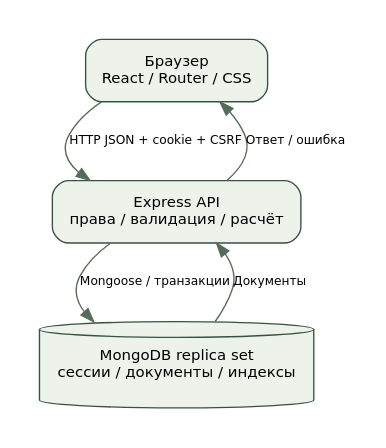
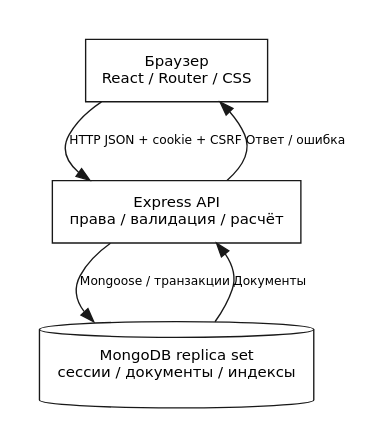
Before and after one commit to alexander2007B/cursovaya: the diagram in docs/diagrams/architecture.dot, drawn with Graphviz. The commit also changed 52 other files, not shown here.

Commit message:
Restyle coursework diagrams and use plain hyphens

```diff
--- a/docs/diagrams/architecture.dot
+++ b/docs/diagrams/architecture.dot
@@ -1,4 +1,4 @@
-digraph G {graph [fontname="DejaVu Sans",bgcolor="white",pad="0.3",ranksep="0.65",nodesep="0.35"]; node [fontname="DejaVu Sans",fontsize=11,shape=box,style="rounded,filled",fillcolor="#edf2eb",color="#355343",margin="0.15"]; edge [fontname="DejaVu Sans",fontsize=9,color="#566c5b"];rankdir=TB; browser[label="Браузер
+digraph G {graph [fontname="DejaVu Sans",bgcolor="white",pad="0.3",ranksep="0.65",nodesep="0.35"]; node [fontname="DejaVu Sans",fontsize=11,shape=box,style="filled",fillcolor="white",color="#181818",margin="0.15"]; edge [fontname="DejaVu Sans",fontsize=9,color="#181818"];rankdir=TB; browser[label="Браузер
 React / Router / CSS"]; api[label="Express API
 права / валидация / расчёт"]; db[label="MongoDB replica set
 сессии / документы / индексы",shape=cylinder]; browser->api[label="HTTP JSON + cookie + CSRF"]; api->db[label="Mongoose / транзакции"]; db->api[label="Документы"]; api->browser[label="Ответ / ошибка"];}
```
